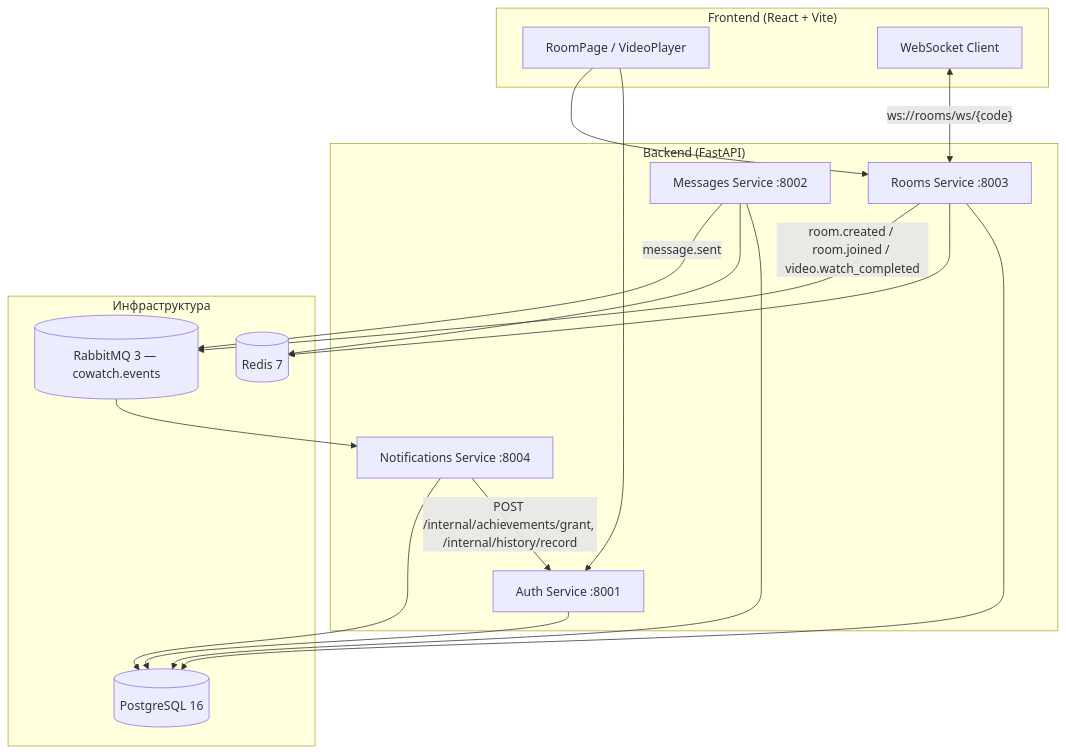
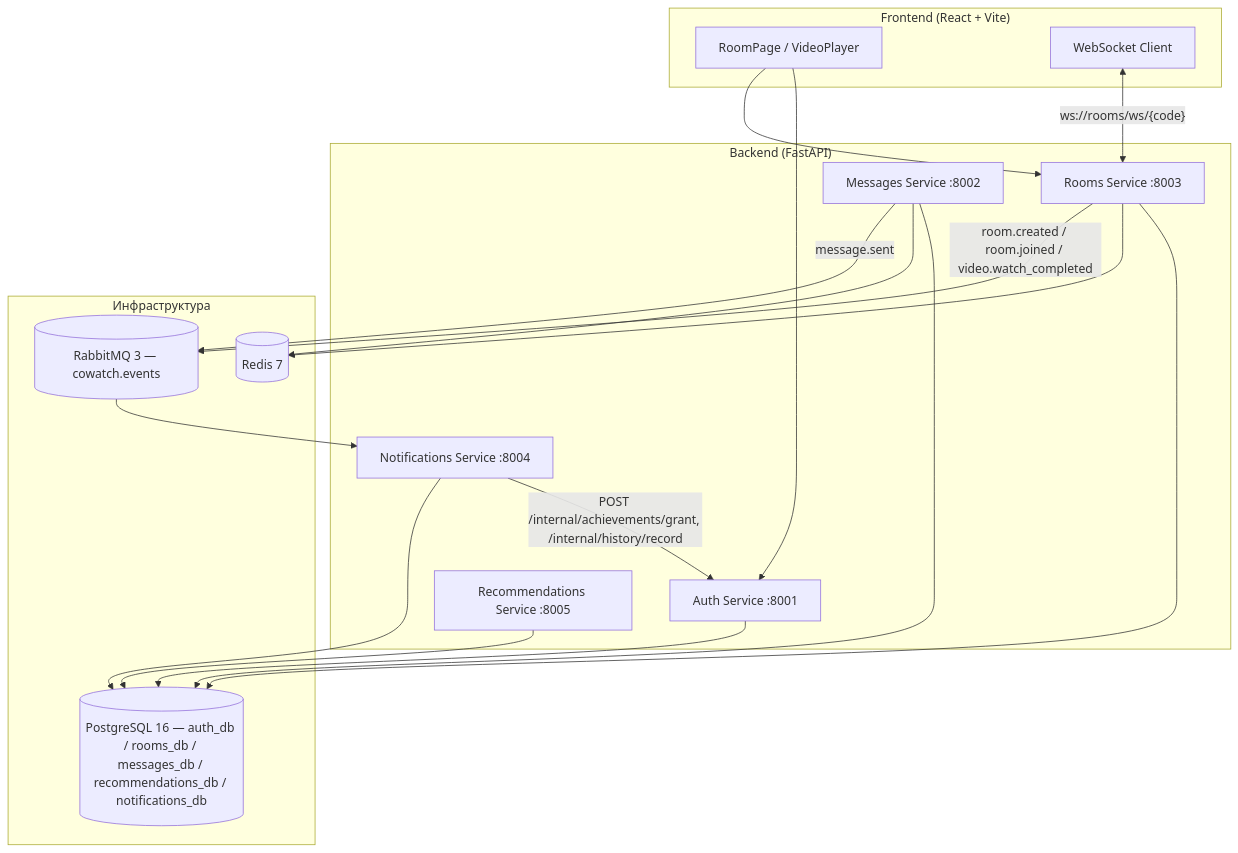
Before and after one commit to mivlabs/cowatch: the diagram in README.md, drawn with Mermaid. The commit also changed other lines of this file and 1 other file, not shown here.

First line of the commit message:
docs: update READMEs to match current architecture and ETL state

````diff
--- a/README.md
+++ b/README.md
@@ -66,34 +69,36 @@
 ```mermaid
 flowchart TB
     subgraph Client["Frontend (React + Vite)"]
         UI[RoomPage / VideoPlayer]
         WS_CLIENT[WebSocket Client]
     end
 
     subgraph Backend["Backend (FastAPI)"]
         AUTH["Auth Service :8001"]
         ROOMS["Rooms Service :8003"]
         MSG["Messages Service :8002"]
+        RECS["Recommendations Service :8005"]
         NOTIF["Notifications Service :8004"]
     end
 
     subgraph Infra["Инфраструктура"]
-        PG[(PostgreSQL 16)]
+        PG[(PostgreSQL 16 — auth_db / rooms_db / messages_db / recommendations_db / notifications_db)]
         REDIS[(Redis 7)]
         RMQ[(RabbitMQ 3 — cowatch.events)]
     end
 
     UI --> AUTH
     UI --> ROOMS
     WS_CLIENT <-->|"ws://rooms/ws/{code}"| ROOMS
     AUTH --> PG
     ROOMS --> PG
     ROOMS --> REDIS
     MSG --> PG
     MSG --> REDIS
+    RECS --> PG
     ROOMS -->|"room.created / room.joined / video.watch_completed"| RMQ
     MSG -->|"message.sent"| RMQ
     RMQ --> NOTIF
     NOTIF -->|"POST /internal/achievements/grant, /internal/history/record"| AUTH
     NOTIF --> PG
 ```
````
